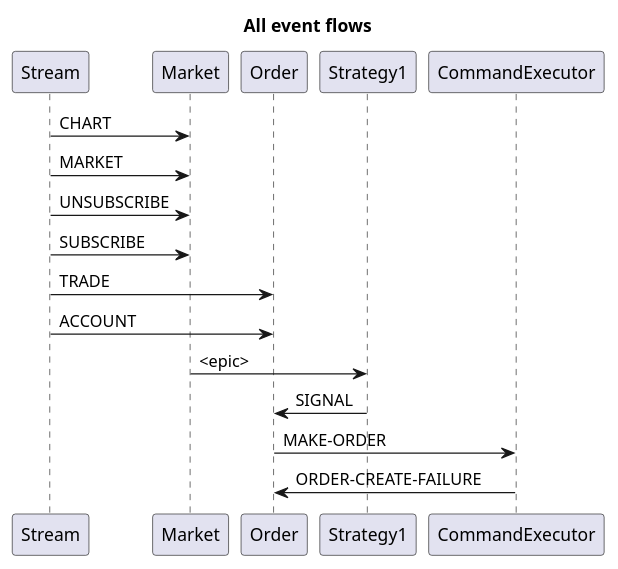
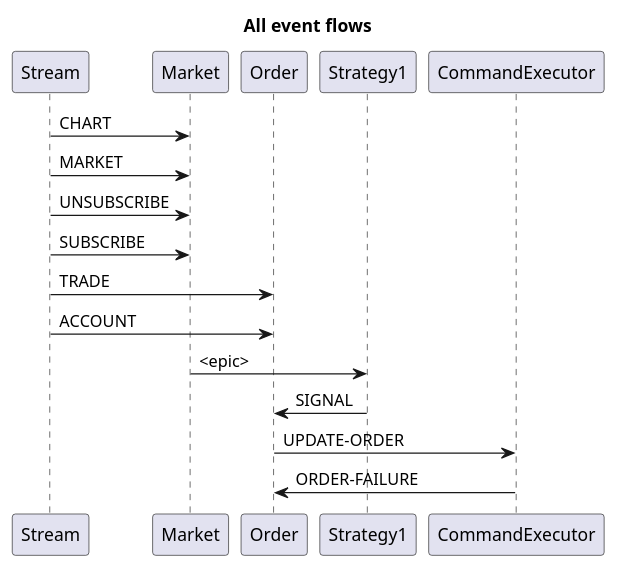
Before and after one commit to favetelinguis/bfg-clj: the first of 2 diagrams in README.org, drawn with PlantUML. The commit also changed other lines of this file and 17 other files, not shown here.

Commit message:
Order flow improves

```diff
--- a/README.org
+++ b/README.org
@@ -11,14 +11,14 @@
 #+begin_src plantuml :file ./images/signalmerged.png
 title All event flows
 
 Stream->Market: CHART
 Stream->Market: MARKET
 Stream->Market: UNSUBSCRIBE
 Stream->Market: SUBSCRIBE
 Stream->Order: TRADE
 Stream->Order: ACCOUNT
 Market->Strategy1: <epic>
 Strategy1->Order: SIGNAL
-Order->CommandExecutor: MAKE-ORDER
-CommandExecutor->Order: ORDER-CREATE-FAILURE
+Order->CommandExecutor: UPDATE-ORDER
+CommandExecutor->Order: ORDER-FAILURE
 #+end_src
```
